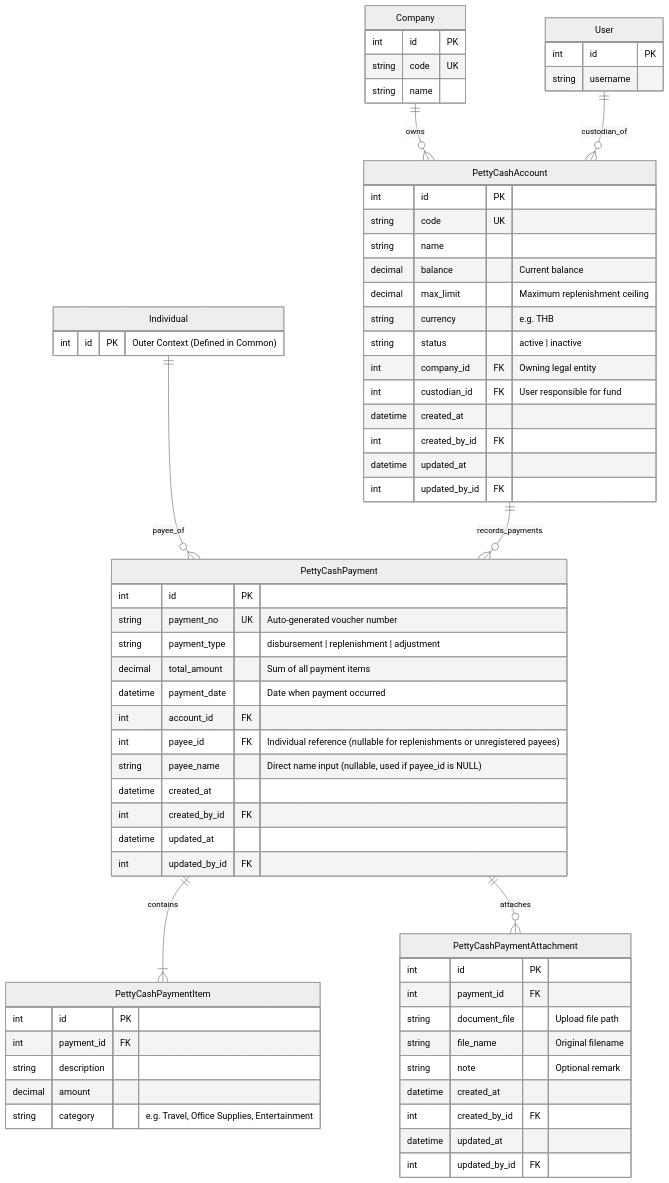
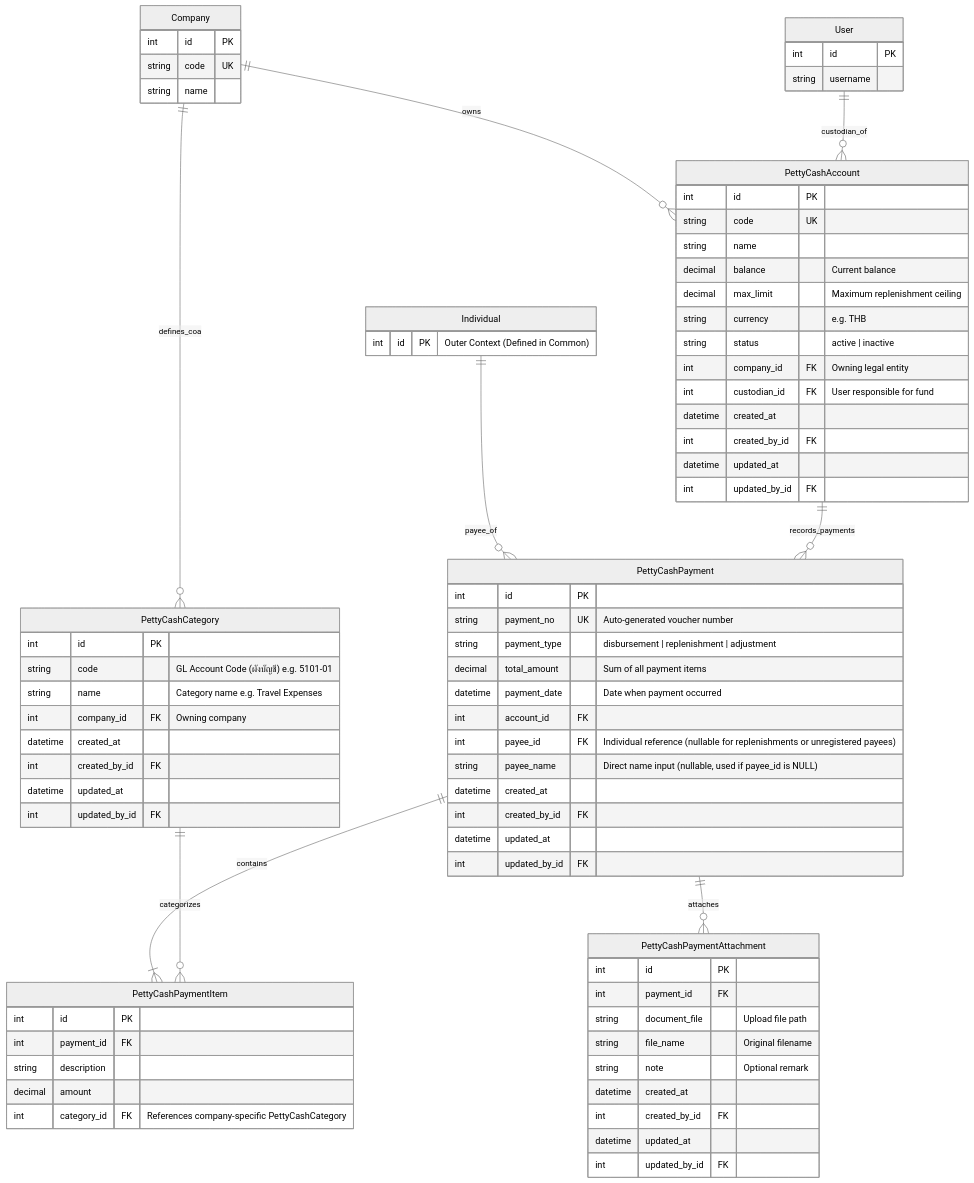
The diagram in django/srcs/petty_cash/docs/ERD.md (lockdoor/tj_inventory), drawn with Mermaid (neutral theme) before and after one commit. The commit also changed other lines of this file, not shown here.

Commit message:
update: petty cash ERD

```diff
--- a/django/srcs/petty_cash/docs/ERD.md
+++ b/django/srcs/petty_cash/docs/ERD.md
@@ -15,6 +16,7 @@
 erDiagram
     %% Core & Outer References
     Company ||--o{ PettyCashAccount : "owns"
+    Company ||--o{ PettyCashCategory : "defines_coa"
     User ||--o{ PettyCashAccount : "custodian_of"
     
     %% Petty Cash Module Relationships
@@ -22,6 +24,7 @@
     PettyCashAccount ||--o{ PettyCashPayment : "records_payments"
     PettyCashPayment ||--|{ PettyCashPaymentItem : "contains"
     PettyCashPayment ||--o{ PettyCashPaymentAttachment : "attaches"
+    PettyCashCategory ||--o{ PettyCashPaymentItem : "categorizes"
 
     Company {
         int id PK
@@ -36,6 +39,17 @@
 
     Individual {
         int id PK "Outer Context (Defined in Common)"
+    }
+
+    PettyCashCategory {
+        int id PK
+        string code "GL Account Code (ผังบัญชี) e.g. 5101-01"
+        string name "Category name e.g. Travel Expenses"
+        int company_id FK "Owning company"
+        datetime created_at
+        int created_by_id FK
+        datetime updated_at
+        int updated_by_id FK
     }
 
     PettyCashAccount {
@@ -74,7 +88,7 @@
         int payment_id FK
         string description
         decimal amount
-        string category "e.g. Travel, Office Supplies, Entertainment"
+        int category_id FK "References company-specific PettyCashCategory"
     }
 
     PettyCashPaymentAttachment {
```
